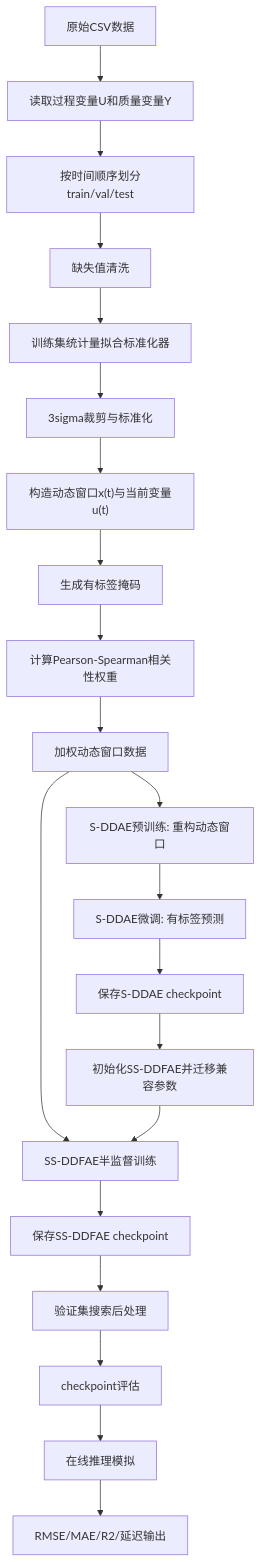
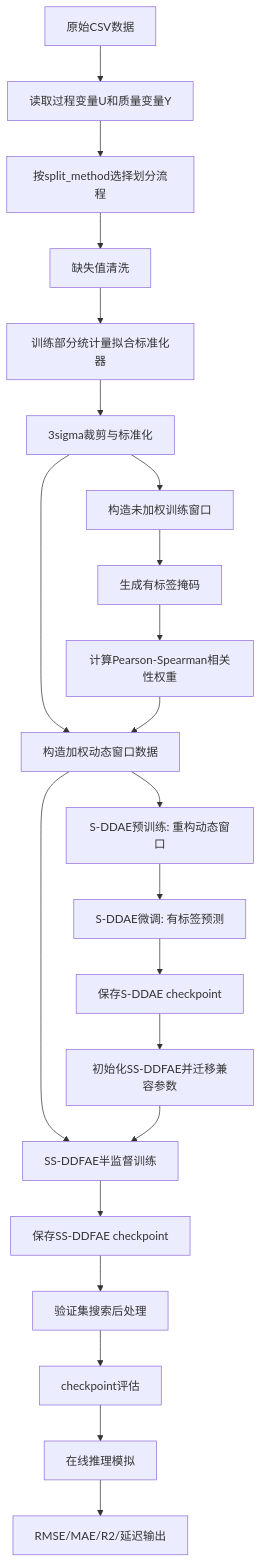
Before and after one commit to HT3301601278/DeepQuality: the first of 9 diagrams in 算法结构图与实现步骤.md, drawn with Mermaid. The commit also changed other lines of this file and 2 other files, not shown here.

````diff
--- a/算法结构图与实现步骤.md
+++ b/算法结构图与实现步骤.md
@@ -5,26 +5,27 @@
 ```mermaid
 flowchart TD
     A["原始CSV数据"] --> B["读取过程变量U和质量变量Y"]
-    B --> C["按时间顺序划分train/val/test"]
+    B --> C["按split_method选择划分流程"]
     C --> D["缺失值清洗"]
-    D --> E["训练集统计量拟合标准化器"]
+    D --> E["训练部分统计量拟合标准化器"]
     E --> F["3sigma裁剪与标准化"]
-    F --> G["构造动态窗口x(t)与当前变量u(t)"]
+    F --> G["构造未加权训练窗口"]
     G --> H["生成有标签掩码"]
     H --> I["计算Pearson-Spearman相关性权重"]
-    I --> J["加权动态窗口数据"]
+    F --> J["构造加权动态窗口数据"]
+    I --> J
 
     J --> K["S-DDAE预训练: 重构动态窗口"]
     K --> L["S-DDAE微调: 有标签预测"]
     L --> M["保存S-DDAE checkpoint"]
 
     M --> N["初始化SS-DDFAE并迁移兼容参数"]
     J --> O["SS-DDFAE半监督训练"]
     N --> O
     O --> P["保存SS-DDFAE checkpoint"]
 
     P --> Q["验证集搜索后处理"]
     Q --> R["checkpoint评估"]
     R --> S["在线推理模拟"]
     S --> T["RMSE/MAE/R2/延迟输出"]
 ```
````
